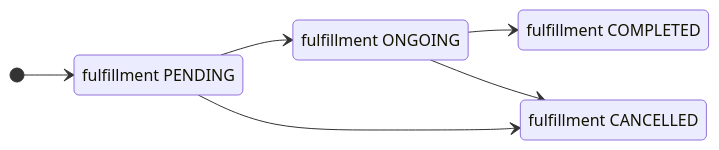
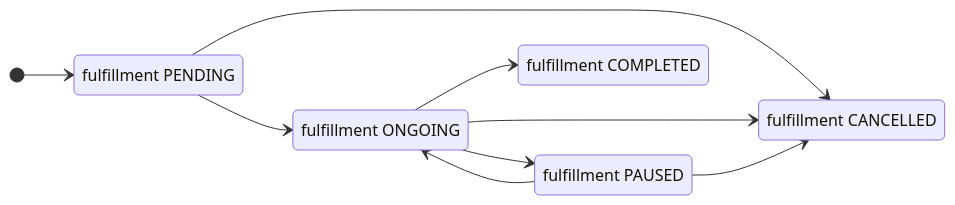
Before and after one commit to nmonga26/ONDC-FIS-Specifications: the third of 3 diagrams in api/components/docs/lifecycle-and-states.md, drawn with Mermaid. The commit also changed other lines of this file and 12 other files, not shown here.

````diff
--- a/api/components/docs/lifecycle-and-states.md
+++ b/api/components/docs/lifecycle-and-states.md
@@ -69,14 +70,18 @@
 ```mermaid
 stateDiagram-v2
     direction LR
     PENDING: fulfillment PENDING
     ONGOING: fulfillment ONGOING
+    PAUSED: fulfillment PAUSED
     COMPLETED: fulfillment COMPLETED
     CANCELLED: fulfillment CANCELLED
 
     [*] --> PENDING
     PENDING --> ONGOING
     PENDING --> CANCELLED
+    ONGOING --> PAUSED
     ONGOING --> COMPLETED
     ONGOING --> CANCELLED
+    PAUSED --> ONGOING
+    PAUSED --> CANCELLED
 ```
````
